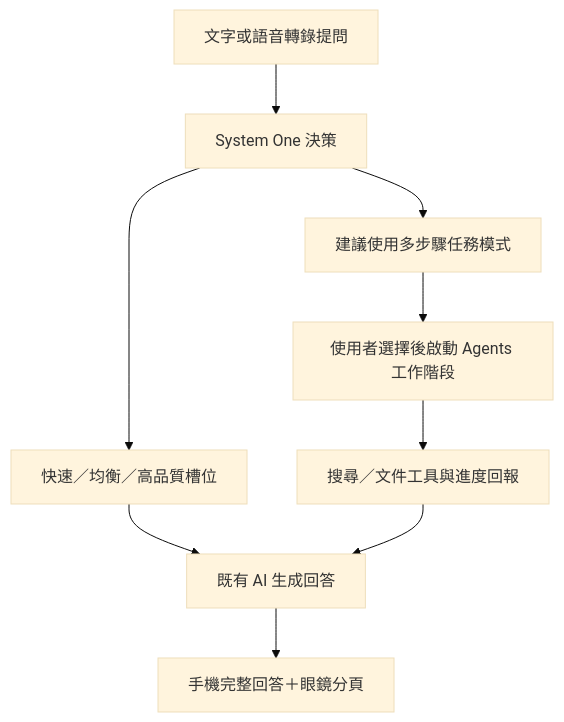
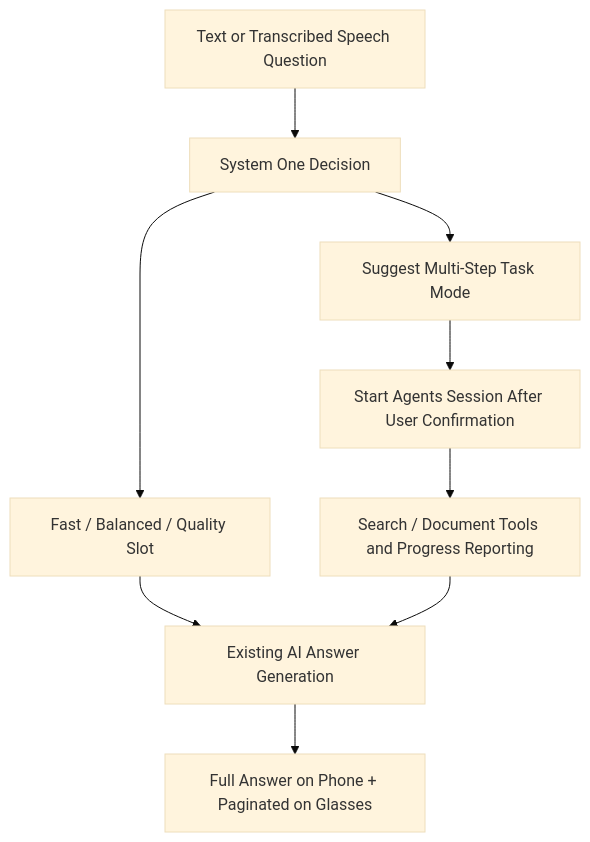
The diagram in doc/SYSTEM_ONE_AGENTS_RESEARCH.md (zero2005x/RokidAIAssistant), drawn with Mermaid (base theme) before and after one commit. The commit also changed other lines of this file and 1 other file, not shown here.

First line of the commit message:
docs: translate SYSTEM_ONE_AGENTS_RESEARCH.md to English (#33)

````diff
--- a/doc/SYSTEM_ONE_AGENTS_RESEARCH.md
+++ b/doc/SYSTEM_ONE_AGENTS_RESEARCH.md
@@ -31,11 +33,11 @@
 ```mermaid
 flowchart TD
-    A[文字或語音轉錄提問] --> B[System One 決策]
-    B --> C[快速／均衡／高品質槽位]
-    C --> D[既有 AI 生成回答]
-    B --> E[建議使用多步驟任務模式]
-    E --> F[使用者選擇後啟動 Agents 工作階段]
-    F --> G[搜尋／文件工具與進度回報]
+    A[Text or Transcribed Speech Question] --> B[System One Decision]
+    B --> C[Fast / Balanced / Quality Slot]
+    C --> D[Existing AI Answer Generation]
+    B --> E[Suggest Multi-Step Task Mode]
+    E --> F[Start Agents Session After User Confirmation]
+    F --> G[Search / Document Tools and Progress Reporting]
     G --> D
-    D --> H[手機完整回答＋眼鏡分頁]
+    D --> H[Full Answer on Phone + Paginated on Glasses]
 ```
````
